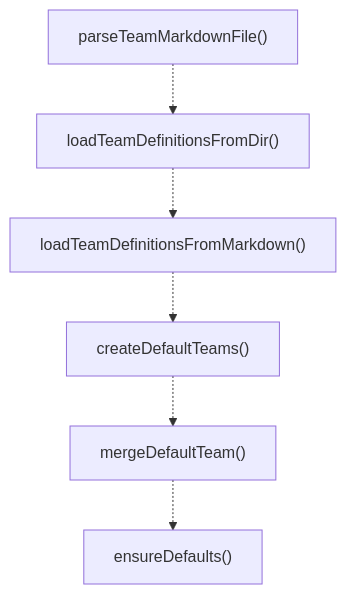
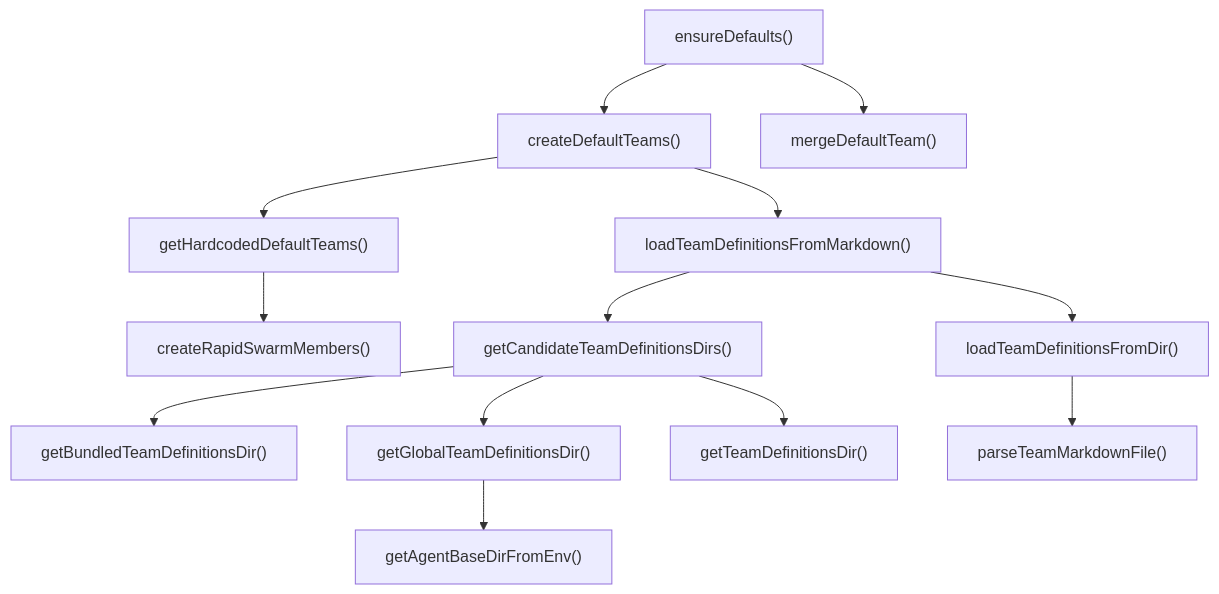
One commit to Mekann2904/mekann changed the second of 3 diagrams in ABDD/.pi/extensions/agent-teams/definition-loader.md. Above: the diagram before and after it, drawn with Mermaid. The commit also changed other lines of this file and 277 other files, not shown here.

````diff
--- a/ABDD/.pi/extensions/agent-teams/definition-loader.md
+++ b/ABDD/.pi/extensions/agent-teams/definition-loader.md
@@ -61,14 +61,28 @@
 ```mermaid
 flowchart TD
-  parseTeamMarkdownFile["parseTeamMarkdownFile()"]
+  createDefaultTeams["createDefaultTeams()"]
+  createRapidSwarmMembers["createRapidSwarmMembers()"]
+  ensureDefaults["ensureDefaults()"]
+  getAgentBaseDirFromEnv["getAgentBaseDirFromEnv()"]
+  getBundledTeamDefinitionsDir["getBundledTeamDefinitionsDir()"]
+  getCandidateTeamDefinitionsDirs["getCandidateTeamDefinitionsDirs()"]
+  getGlobalTeamDefinitionsDir["getGlobalTeamDefinitionsDir()"]
+  getHardcodedDefaultTeams["getHardcodedDefaultTeams()"]
+  getTeamDefinitionsDir["getTeamDefinitionsDir()"]
   loadTeamDefinitionsFromDir["loadTeamDefinitionsFromDir()"]
   loadTeamDefinitionsFromMarkdown["loadTeamDefinitionsFromMarkdown()"]
-  createDefaultTeams["createDefaultTeams()"]
   mergeDefaultTeam["mergeDefaultTeam()"]
-  ensureDefaults["ensureDefaults()"]
-  parseTeamMarkdownFile -.-> loadTeamDefinitionsFromDir
-  loadTeamDefinitionsFromDir -.-> loadTeamDefinitionsFromMarkdown
-  loadTeamDefinitionsFromMarkdown -.-> createDefaultTeams
-  createDefaultTeams -.-> mergeDefaultTeam
-  mergeDefaultTeam -.-> ensureDefaults
+  parseTeamMarkdownFile["parseTeamMarkdownFile()"]
+  createDefaultTeams --> getHardcodedDefaultTeams
+  createDefaultTeams --> loadTeamDefinitionsFromMarkdown
+  ensureDefaults --> createDefaultTeams
+  ensureDefaults --> mergeDefaultTeam
+  getCandidateTeamDefinitionsDirs --> getBundledTeamDefinitionsDir
+  getCandidateTeamDefinitionsDirs --> getGlobalTeamDefinitionsDir
+  getCandidateTeamDefinitionsDirs --> getTeamDefinitionsDir
+  getGlobalTeamDefinitionsDir --> getAgentBaseDirFromEnv
+  getHardcodedDefaultTeams --> createRapidSwarmMembers
+  loadTeamDefinitionsFromDir --> parseTeamMarkdownFile
+  loadTeamDefinitionsFromMarkdown --> getCandidateTeamDefinitionsDirs
+  loadTeamDefinitionsFromMarkdown --> loadTeamDefinitionsFromDir
 ```
````
